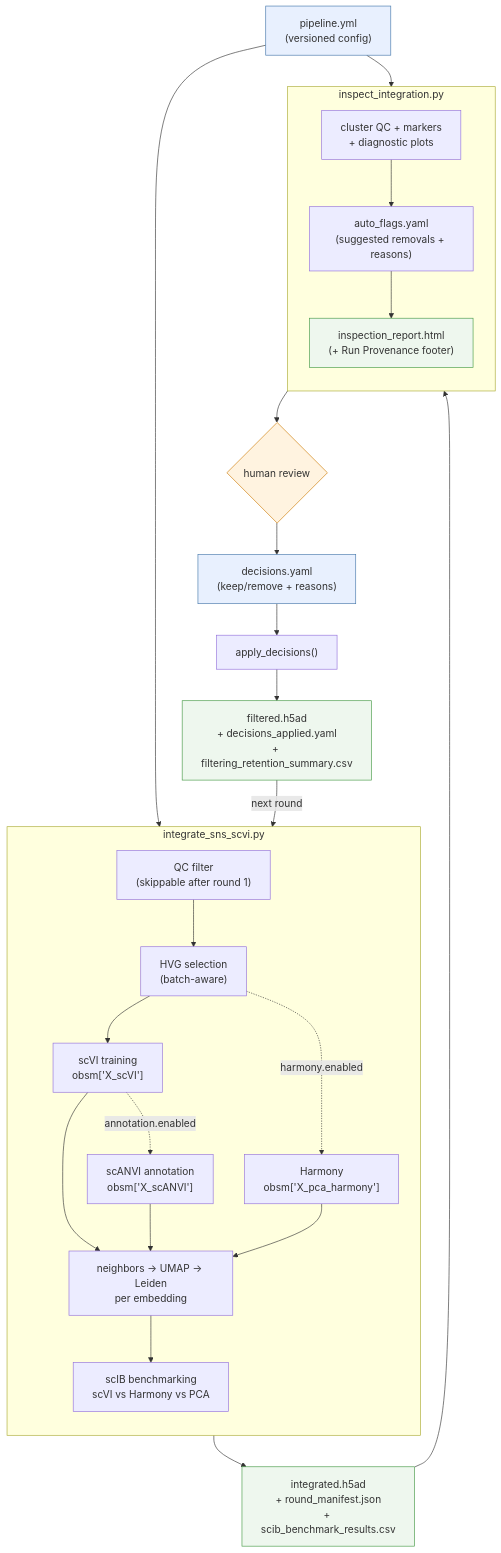
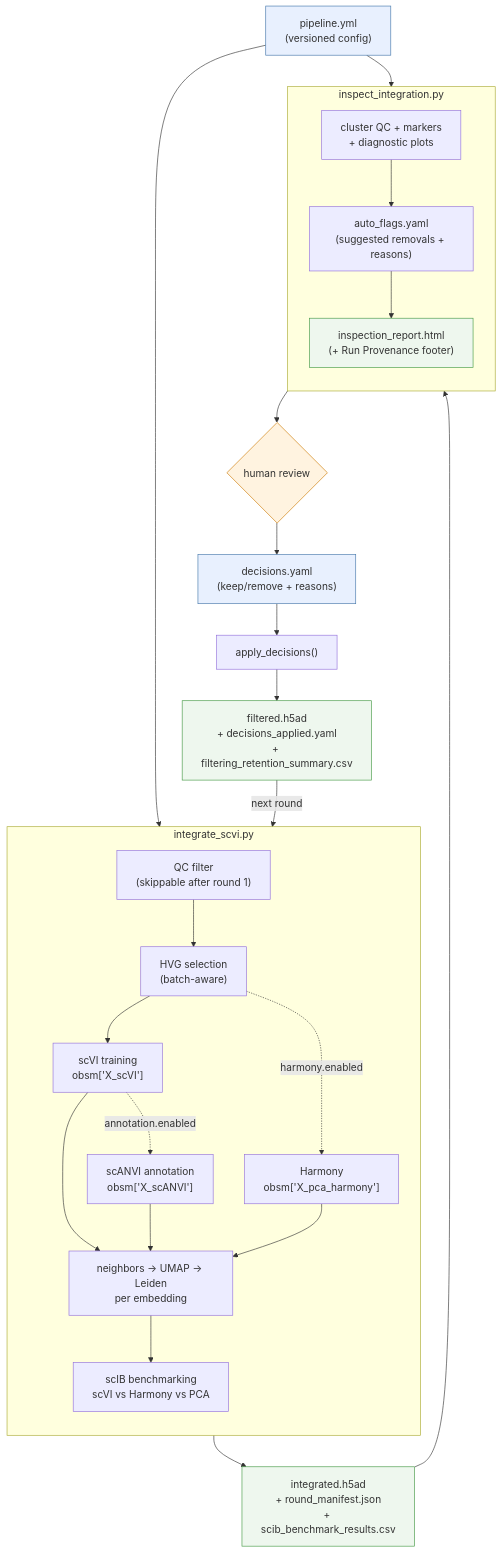
Before and after one commit to AllenInstitute/scCairns: the diagram in README.md, drawn with Mermaid. The commit also changed other lines of this file and 20 other files, not shown here.

````diff
--- a/README.md
+++ b/README.md
@@ -15,39 +34,39 @@
 ```mermaid
 flowchart TD
     cfg["pipeline.yml<br/>(versioned config)"]:::cfg
 
-    subgraph INT["integrate_sns_scvi.py"]
+    subgraph INT["integrate_scvi.py"]
         direction TB
         qc["QC filter<br/>(skippable after round 1)"] --> hvg["HVG selection<br/>(batch-aware)"]
         hvg --> scvi["scVI training<br/>obsm['X_scVI']"]
         scvi -.->|annotation.enabled| scanvi["scANVI annotation<br/>obsm['X_scANVI']"]
         hvg -.->|harmony.enabled| harmony["Harmony<br/>obsm['X_pca_harmony']"]
         scvi --> emb["neighbors → UMAP → Leiden<br/>per embedding"]
         scanvi --> emb
         harmony --> emb
         emb --> bench["scIB benchmarking<br/>scVI vs Harmony vs PCA"]
     end
 
     INT --> integ["integrated.h5ad<br/>+ round_manifest.json<br/>+ scib_benchmark_results.csv"]:::art
 
     subgraph INS["inspect_integration.py"]
         direction TB
         rpt["cluster QC + markers<br/>+ diagnostic plots"] --> flags["auto_flags.yaml<br/>(suggested removals + reasons)"]
         flags --> html["inspection_report.html<br/>(+ Run Provenance footer)"]:::art
     end
 
     integ --> INS
     html --> review{"human review"}:::dec
     review --> dec["decisions.yaml<br/>(keep/remove + reasons)"]:::cfg
 
     dec --> filter["apply_decisions()"]
     filter --> filt["filtered.h5ad<br/>+ decisions_applied.yaml<br/>+ filtering_retention_summary.csv"]:::art
     filt -->|next round| INT
 
     cfg --> INT
     cfg --> INS
 
     classDef cfg fill:#e8f0fe,stroke:#4477AA;
     classDef art fill:#eef7ee,stroke:#449944;
     classDef dec fill:#fff3e0,stroke:#cc7a00;
 ```
````
